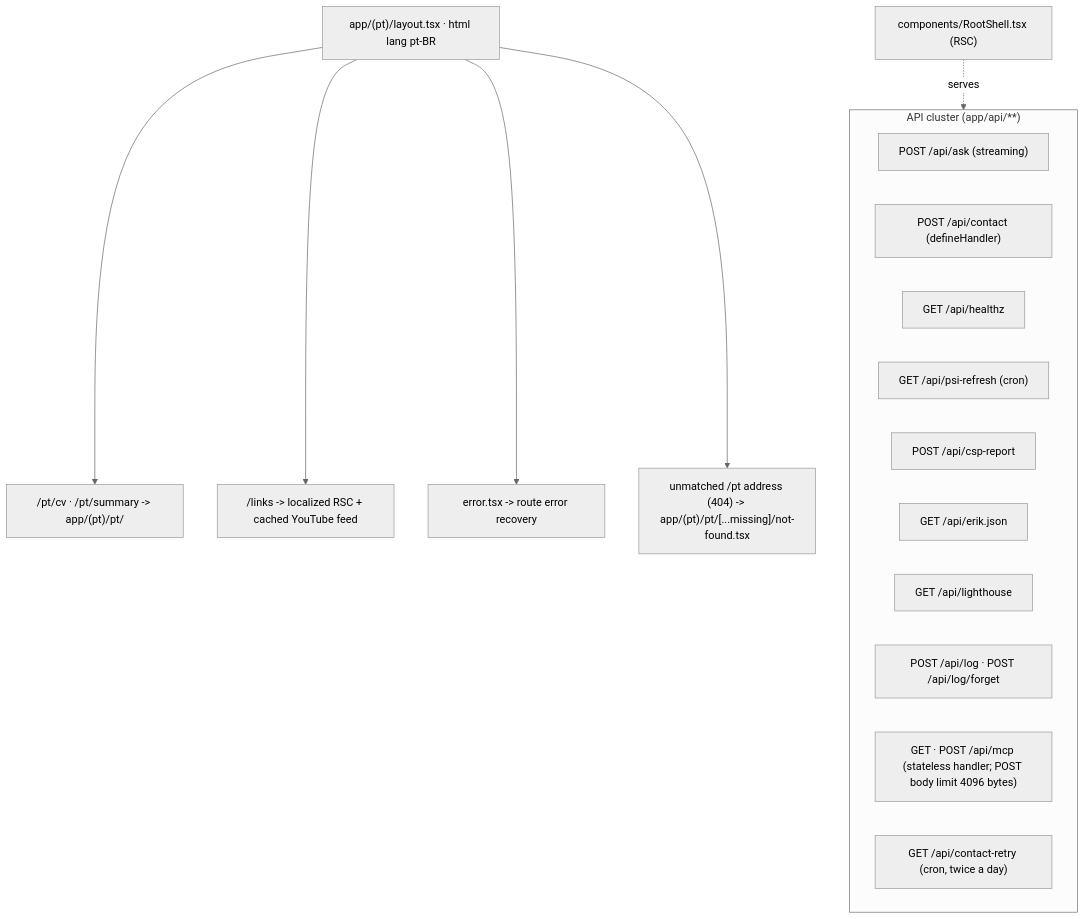
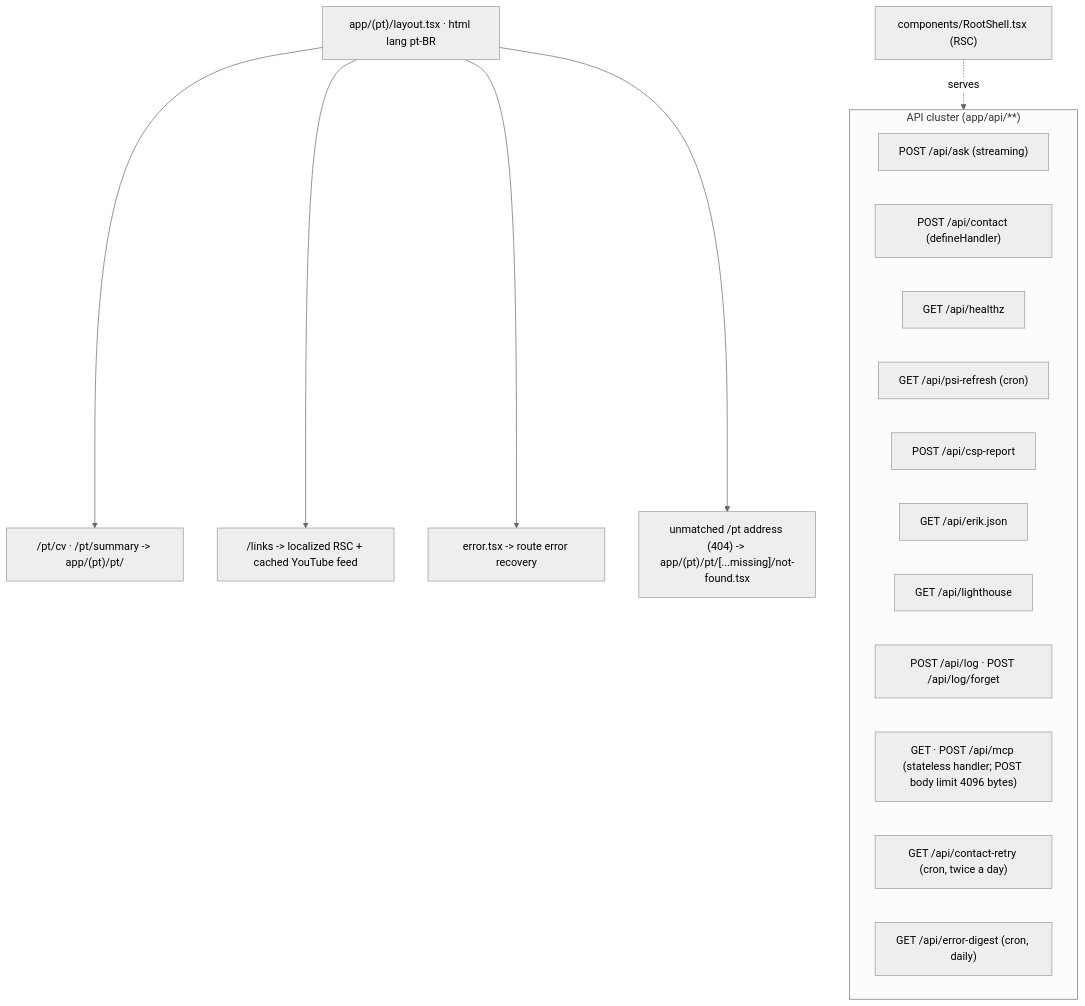
Before and after one commit to erikunha/portfolio: the third of 14 diagrams in docs/03-rendering-and-data-flow.md, drawn with Mermaid (neutral theme). The commit also changed other lines of this file and 1454 other files, not shown here.

First line of the commit message:
refactor(architecture): milestones M0 to M14 and native ci:full (#423)

````diff
--- a/docs/03-rendering-and-data-flow.md
+++ b/docs/03-rendering-and-data-flow.md
@@ -50,21 +52,22 @@
 ```mermaid
 flowchart TD
     layoutPt["app/(pt)/layout.tsx · html lang pt-BR"]
     layoutPt --> ptReading["/pt/cv · /pt/summary -> app/(pt)/pt/"]
     layoutPt --> linksPt["/links -> localized RSC + cached YouTube feed"]
     layoutPt --> errorsPt["error.tsx -> route error recovery"]
     layoutPt --> nfPt["unmatched /pt address (404) -> app/(pt)/pt/[...missing]/not-found.tsx"]
     shell["components/RootShell.tsx (RSC)"] -.serves.-> api
     subgraph api["API cluster (app/api/**)"]
     api1["POST /api/ask (streaming)"]
     api2["POST /api/contact (defineHandler)"]
     api3["GET /api/healthz"]
     api4["GET /api/psi-refresh (cron)"]
     api5["POST /api/csp-report"]
     api6["GET /api/erik.json"]
     api7["GET /api/lighthouse"]
     api8["POST /api/log · POST /api/log/forget"]
     api9["GET · POST /api/mcp (stateless handler; POST body limit 4096 bytes)"]
     api10["GET /api/contact-retry (cron, twice a day)"]
+    api11["GET /api/error-digest (cron, daily)"]
     end
 ```
````
